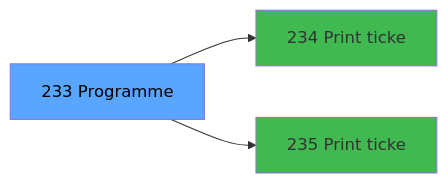
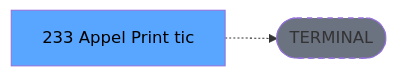
One commit to thonyAGP/lecteur-magic changed the third of 3 diagrams in .openspec/specs/ADH-IDE-233.md. Above: the diagram before and after it, drawn with Mermaid. The commit also changed other lines of this file and 701 other files, not shown here.

````diff
--- a/.openspec/specs/ADH-IDE-233.md
+++ b/.openspec/specs/ADH-IDE-233.md
@@ -146,11 +134,8 @@
 ```mermaid
 graph LR
-    T[233 Programme]
-    C234[234  Print ticke]
-    T --> C234
-    C235[235  Print ticke]
-    T --> C235
+    T[233 Appel Print tic]
+    TERM([TERMINAL])
+    T -.-> TERM
+    style TERM fill:#6b7280,stroke-dasharray: 5 5
     style T fill:#58a6ff,color:#000
-    style C234 fill:#3fb950
-    style C235 fill:#3fb950
 ```
````
